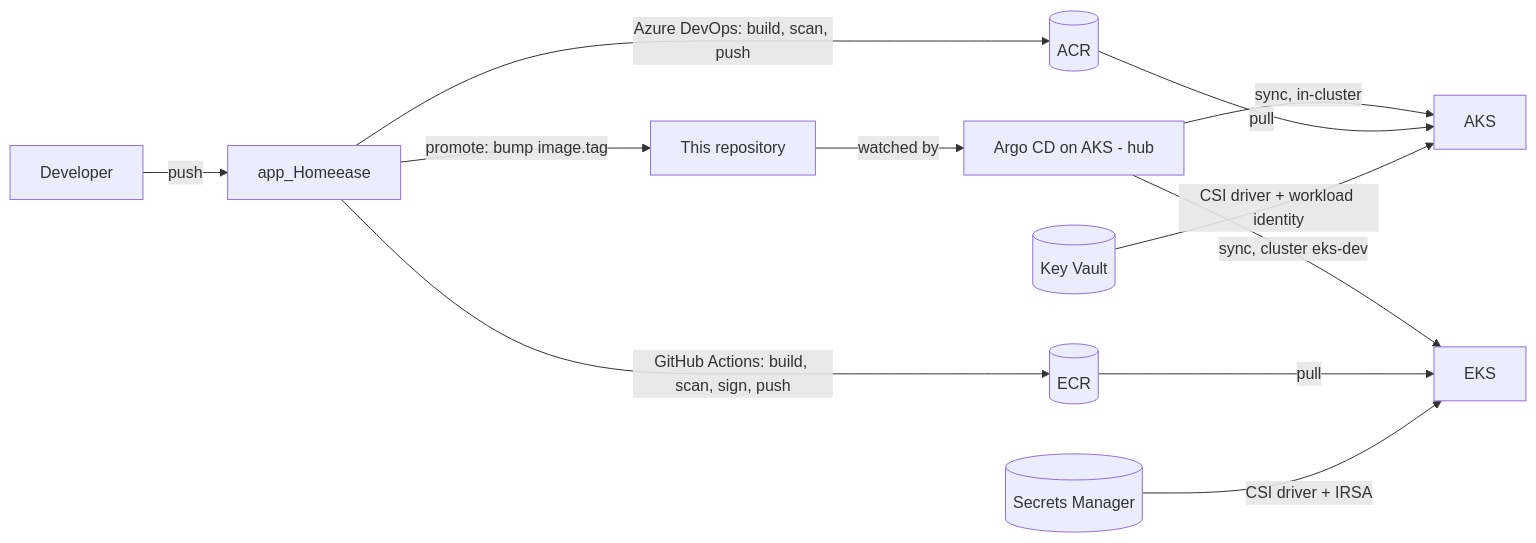
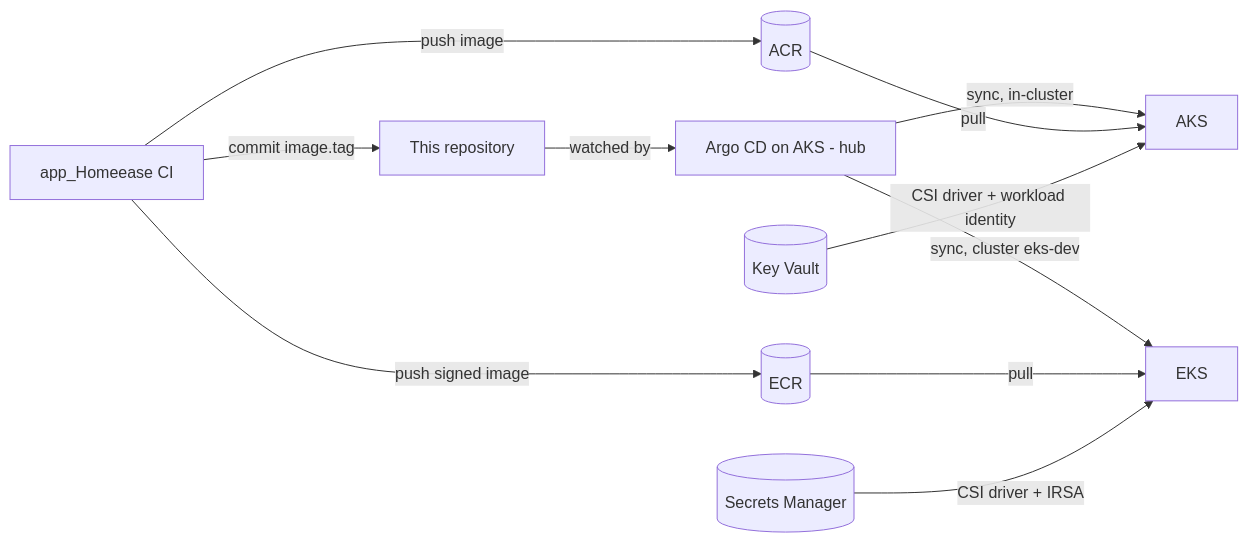
The diagram in README.md (SrinidhiSanjeevi/Gitops_Homeease), drawn with Mermaid before and after one commit. The commit also changed other lines of this file, not shown here.

````diff
--- a/README.md
+++ b/README.md
@@ -9,14 +33,13 @@
 ```mermaid
 flowchart LR
-    DEV[Developer] -->|push| APP[app_Homeease]
-    APP -->|Azure DevOps: build, scan, push| ACR[(ACR)]
-    APP -->|GitHub Actions: build, scan, sign, push| ECR[(ECR)]
-    APP -->|promote: bump image.tag| GIT[This repository]
+    APP[app_Homeease CI] -->|push image| ACR[(ACR)]
+    APP -->|push signed image| ECR[(ECR)]
+    APP -->|commit image.tag| GIT[This repository]
     GIT -->|watched by| ARGO[Argo CD on AKS - hub]
     ARGO -->|sync, in-cluster| AKS[AKS]
     ARGO -->|sync, cluster eks-dev| EKS[EKS]
     ACR -->|pull| AKS
     ECR -->|pull| EKS
     KV[(Key Vault)] -->|CSI driver + workload identity| AKS
     SM[(Secrets Manager)] -->|CSI driver + IRSA| EKS
 ```
````
